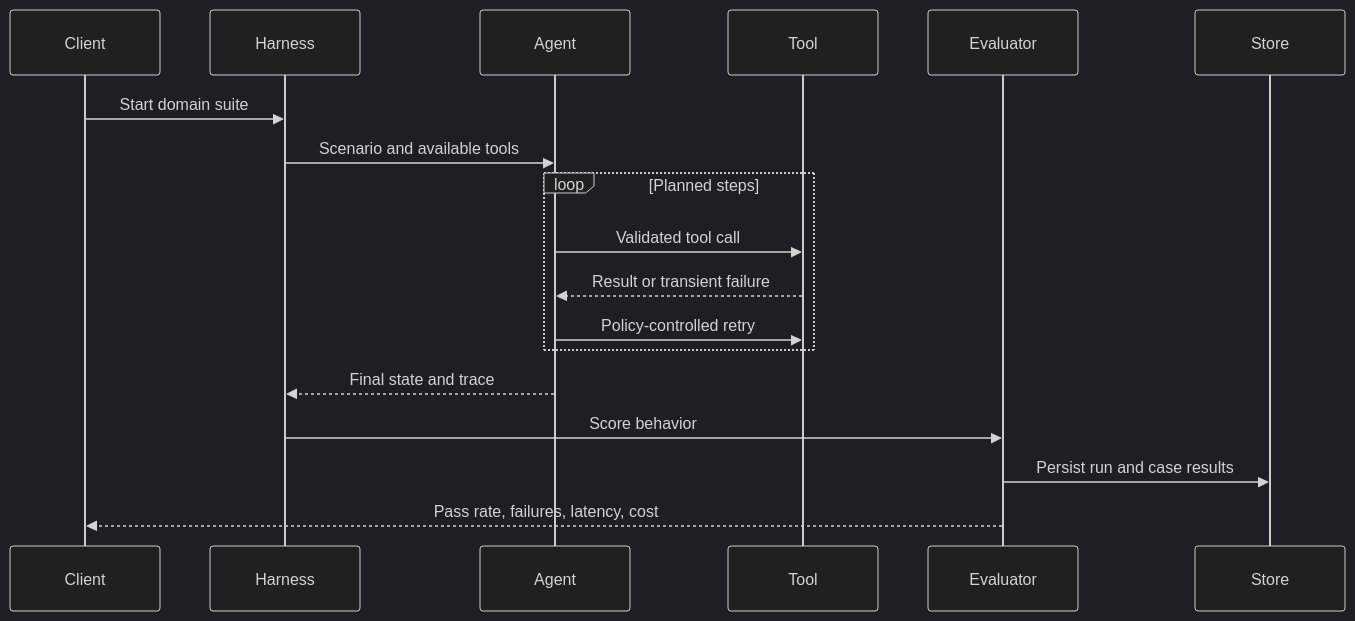
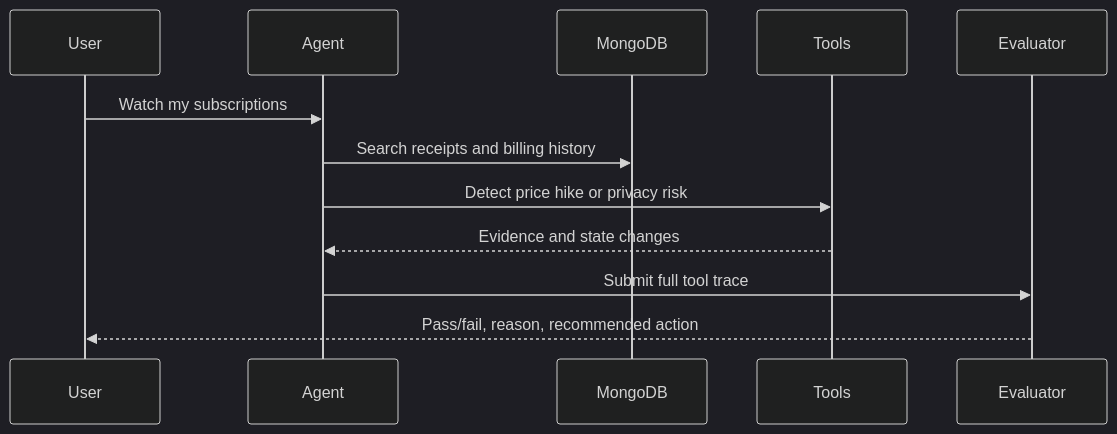
One commit to radhika-singh-10/ToolReliability changed the second of 3 diagrams in README.md. Above: the diagram before and after it, drawn with Mermaid (dark theme). The commit also changed other lines of this file, not shown here.

Commit message:
docs: add hackathon diagrams steps and pitch

````diff
--- a/README.md
+++ b/README.md
@@ -77,20 +74,14 @@
 ```mermaid
 sequenceDiagram
-    participant Client
-    participant Harness
+    participant User
     participant Agent
-    participant Tool
+    participant MongoDB
+    participant Tools
     participant Evaluator
-    participant Store
-    Client->>Harness: Start domain suite
-    Harness->>Agent: Scenario and available tools
-    loop Planned steps
-        Agent->>Tool: Validated tool call
-        Tool-->>Agent: Result or transient failure
-        Agent->>Tool: Policy-controlled retry
-    end
-    Agent-->>Harness: Final state and trace
-    Harness->>Evaluator: Score behavior
-    Evaluator->>Store: Persist run and case results
-    Evaluator-->>Client: Pass rate, failures, latency, cost
+    User->>Agent: Watch my subscriptions
+    Agent->>MongoDB: Search receipts and billing history
+    Agent->>Tools: Detect price hike or privacy risk
+    Tools-->>Agent: Evidence and state changes
+    Agent->>Evaluator: Submit full tool trace
+    Evaluator-->>User: Pass/fail, reason, recommended action
 ```
````
